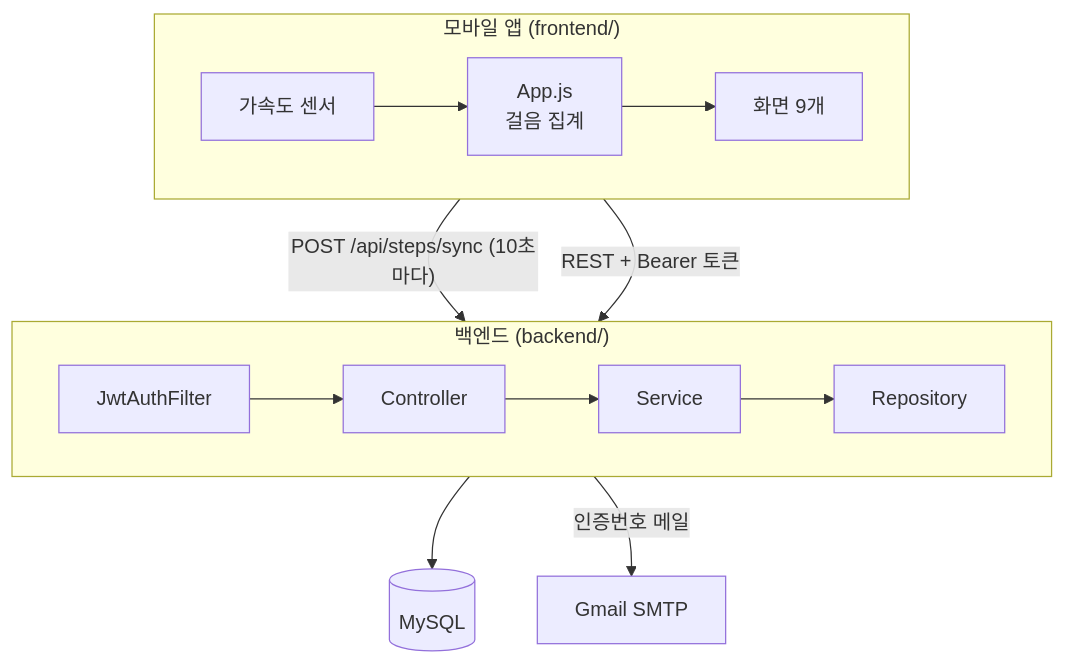
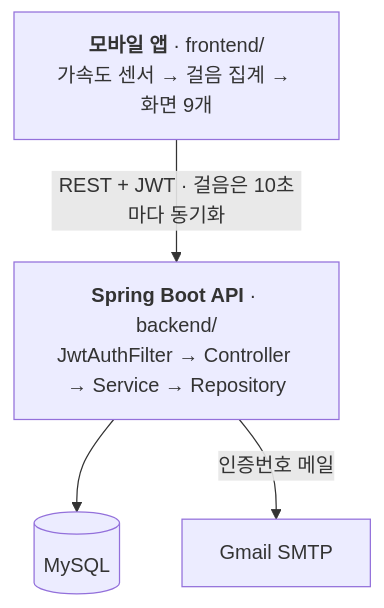
The diagram in README.md (kj77kj7/LandmarkApp), drawn with Mermaid before and after one commit.

Commit message:
README 구조 다이어그램 단순화

````diff
--- a/README.md
+++ b/README.md
@@ -26,18 +26,10 @@
 ```mermaid
 flowchart TB
-    subgraph App["모바일 앱 (frontend/)"]
-        direction LR
-        S[가속도 센서] --> A[App.js<br/>걸음 집계]
-        A --> Screens[화면 9개]
-    end
-    subgraph API["백엔드 (backend/)"]
-        direction LR
-        F[JwtAuthFilter] --> C[Controller]
-        C --> Svc[Service]
-        Svc --> R[Repository]
-    end
-    A -- "POST /api/steps/sync (10초마다)" --> F
-    Screens -- "REST + Bearer 토큰" --> F
-    R --> DB[(MySQL)]
-    Svc -- 인증번호 메일 --> M[Gmail SMTP]
+    App["<b>모바일 앱</b> · frontend/<br/>가속도 센서 → 걸음 집계 → 화면 9개"]
+    API["<b>Spring Boot API</b> · backend/<br/>JwtAuthFilter → Controller → Service → Repository"]
+    DB[(MySQL)]
+    Mail[Gmail SMTP]
+    App -- "REST + JWT · 걸음은 10초마다 동기화" --> API
+    API --> DB
+    API -- "인증번호 메일" --> Mail
 ```
````
